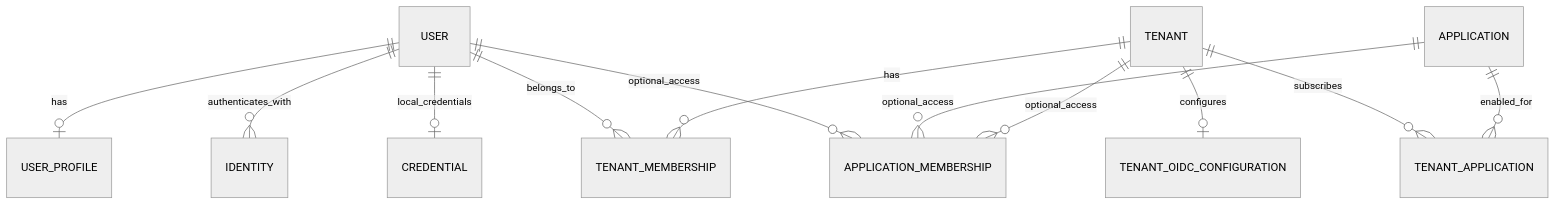
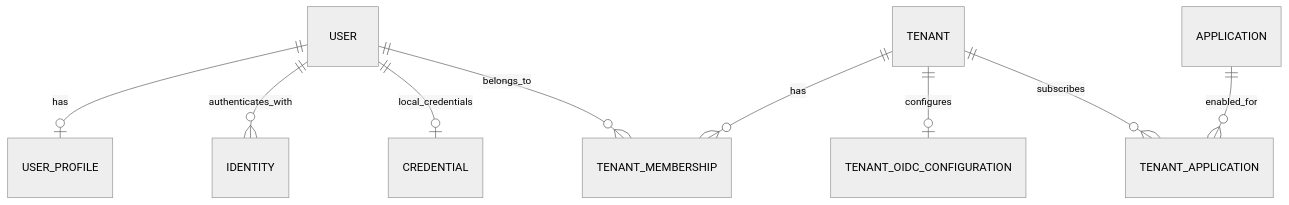
Before and after one commit to hyoungsookim/passport: the second of 2 diagrams in docs/REQUIREMENTS.md, drawn with Mermaid (neutral theme). The commit also changed other lines of this file and 1 other file, not shown here.

````diff
--- a/docs/REQUIREMENTS.md
+++ b/docs/REQUIREMENTS.md
@@ -316,14 +331,11 @@
 ```mermaid
 erDiagram
     USER ||--o| USER_PROFILE : has
     USER ||--o{ IDENTITY : authenticates_with
     USER ||--o| CREDENTIAL : local_credentials
     USER ||--o{ TENANT_MEMBERSHIP : belongs_to
     TENANT ||--o{ TENANT_MEMBERSHIP : has
     TENANT ||--o| TENANT_OIDC_CONFIGURATION : configures
     TENANT ||--o{ TENANT_APPLICATION : subscribes
     APPLICATION ||--o{ TENANT_APPLICATION : enabled_for
-    USER ||--o{ APPLICATION_MEMBERSHIP : optional_access
-    APPLICATION ||--o{ APPLICATION_MEMBERSHIP : optional_access
-    TENANT ||--o{ APPLICATION_MEMBERSHIP : optional_access
 ```
````
